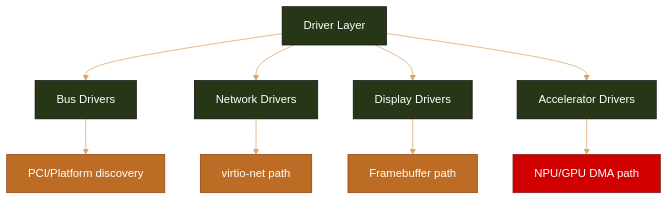
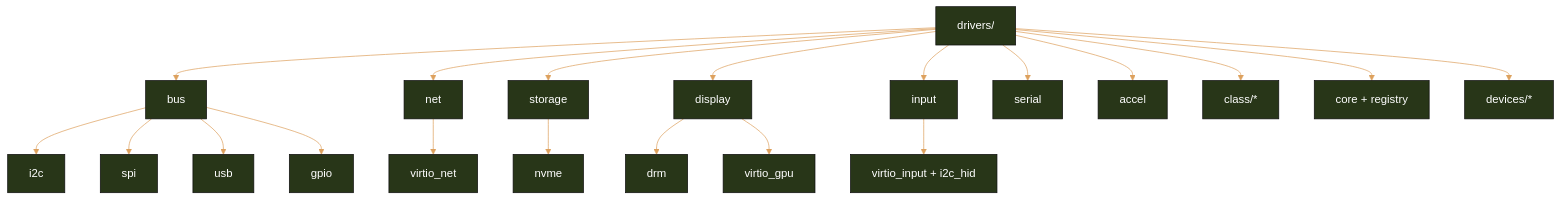
Before and after one commit to CloudCarpentry/Bharat-OS: the diagram in docs/architecture/components/drivers-subcomponents-architecture.md, drawn with Mermaid. The commit also changed other lines of this file and 884 other files, not shown here.

````diff
--- a/docs/architecture/components/drivers-subcomponents-architecture.md
+++ b/docs/architecture/components/drivers-subcomponents-architecture.md
@@ -7,21 +7,24 @@
 ```mermaid
 %%{init: {'theme':'base','themeVariables':{'primaryColor':'#283618','primaryTextColor':'#ffffff','lineColor':'#dda15e','fontFamily':'Inter'}}}%%
 graph TD
-    D[Driver Layer] --> BUS[Bus Drivers]
-    D --> NET[Network Drivers]
-    D --> DISP[Display Drivers]
-    D --> ACC[Accelerator Drivers]
+    D[drivers/] --> BUS[bus]
+    D --> NET[net]
+    D --> STORAGE[storage]
+    D --> DISPLAY[display]
+    D --> INPUT[input]
+    D --> SERIAL[serial]
+    D --> ACCEL[accel]
+    D --> CLASS[class/*]
+    D --> CORE[core + registry]
+    D --> DEVICES[devices/*]
 
-    BUS --> PCI[PCI/Platform discovery]
-    NET --> VIRTIO[virtio-net path]
-    DISP --> FB[Framebuffer path]
-    ACC --> GPU[NPU/GPU DMA path]
-
-    classDef partial fill:#bc6c25,stroke:#8b4513,color:#fff;
-    classDef scaffold fill:#d00000,stroke:#7f1d1d,color:#fff;
-
-    PCI:::partial
-    VIRTIO:::partial
-    FB:::partial
-    GPU:::scaffold
+    BUS --> I2C[i2c]
+    BUS --> SPI[spi]
+    BUS --> USB[usb]
+    BUS --> GPIO[gpio]
+    NET --> VNET[virtio_net]
+    STORAGE --> NVME[nvme]
+    DISPLAY --> DRM[drm]
+    DISPLAY --> VGPU[virtio_gpu]
+    INPUT --> VIHID[virtio_input + i2c_hid]
 ```
````
